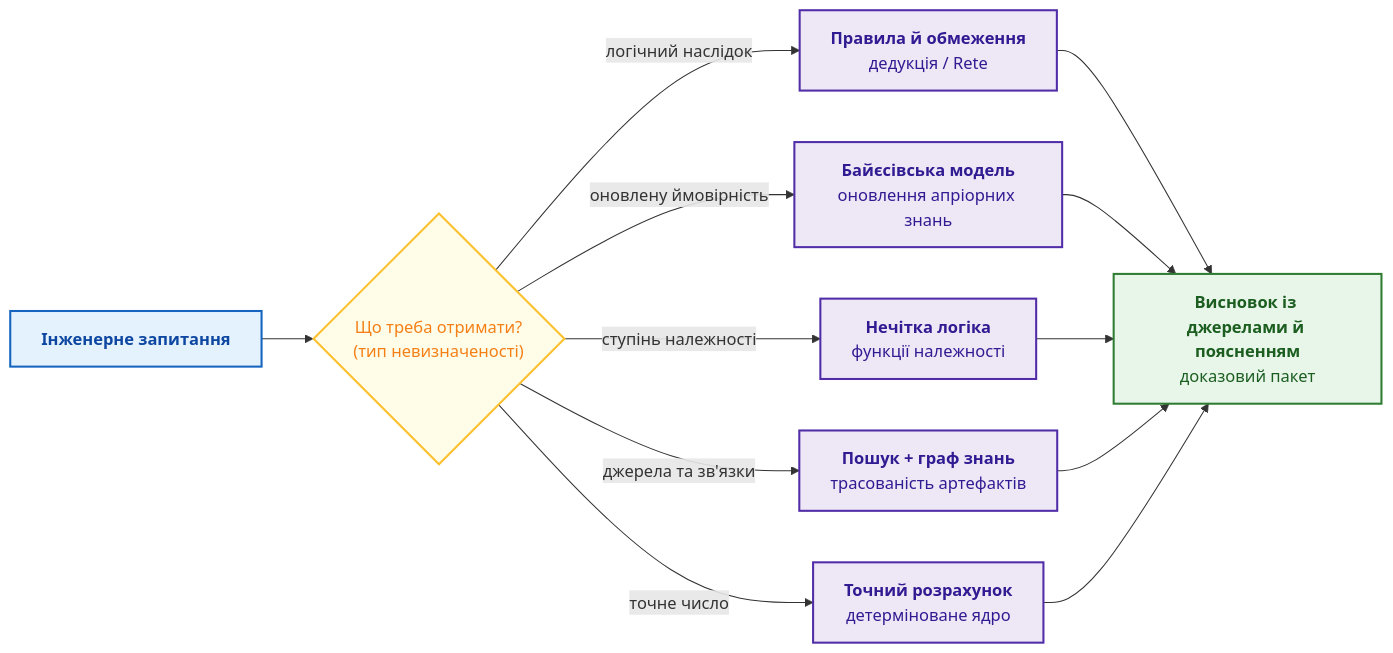
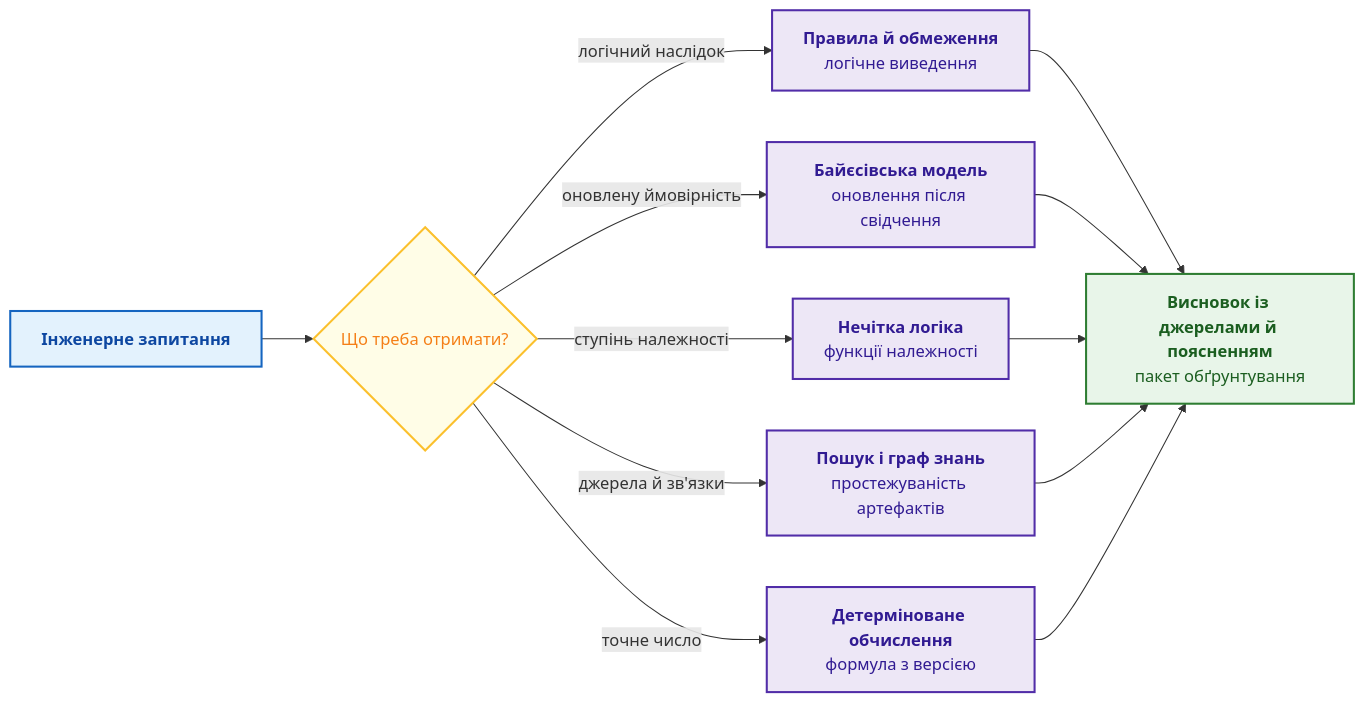
Before and after one commit to nick-fedchik/articles: the first of 4 diagrams in ExpertSystem/ch04-evolution-from-bayes-to-evidence-ai.md, drawn with Mermaid. The commit also changed other lines of this file, not shown here.

````diff
--- a/ExpertSystem/ch04-evolution-from-bayes-to-evidence-ai.md
+++ b/ExpertSystem/ch04-evolution-from-bayes-to-evidence-ai.md
@@ -83,27 +42,27 @@
 ```mermaid
 flowchart LR
-    accTitle: Вибір механізму міркування за типом запитання
-    accDescr: Факти спрямовуються до правил, невизначені сигнали до ймовірнісної моделі, розмиті поняття до нечіткої логіки, джерела до пошуку й графа, а точні обчислення до детермінованого ядра.
+    accTitle: Вибір способу міркування за типом запитання
+    accDescr: Логічний наслідок спрямовують до правил, оновлену ймовірність до байєсівської моделі, ступінь належності до нечіткої логіки, джерела й зв'язки до пошуку та графа знань, точне число до детермінованого обчислення. Усі гілки сходяться в пакеті обґрунтування.
 
-    Q["<b>Інженерне запитання</b>"] --> T{"Що треба отримати?<br/>(тип невизначеності)"}
-    T -->|"логічний наслідок"| R["<b>Правила й обмеження</b><br/>дедукція / Rete"]
-    T -->|"оновлену ймовірність"| B["<b>Байєсівська модель</b><br/>оновлення апріорних знань"]
+    Q["<b>Інженерне запитання</b>"] --> T{"Що треба отримати?"}
+    T -->|"логічний наслідок"| R["<b>Правила й обмеження</b><br/>логічне виведення"]
+    T -->|"оновлену ймовірність"| B["<b>Байєсівська модель</b><br/>оновлення після свідчення"]
     T -->|"ступінь належності"| F["<b>Нечітка логіка</b><br/>функції належності"]
-    T -->|"джерела та зв'язки"| G["<b>Пошук + граф знань</b><br/>трасованість артефактів"]
-    T -->|"точне число"| D["<b>Точний розрахунок</b><br/>детерміноване ядро"]
-    R --> P["<b>Висновок із джерелами й поясненням</b><br/>доказовий пакет"]
+    T -->|"джерела й зв'язки"| G["<b>Пошук і граф знань</b><br/>простежуваність артефактів"]
+    T -->|"точне число"| D["<b>Детерміноване обчислення</b><br/>формула з версією"]
+    R --> P["<b>Висновок із джерелами й поясненням</b><br/>пакет обґрунтування"]
     B --> P
     F --> P
     G --> P
     D --> P
 
     classDef q fill:#e3f2fd,stroke:#1565c0,stroke-width:2px,color:#0d47a1;
     classDef branch fill:#fffde7,stroke:#fbc02d,stroke-width:2px,color:#f57f17;
     classDef method fill:#ede7f6,stroke:#512da8,stroke-width:2px,color:#311b92;
     classDef out fill:#e8f5e9,stroke:#2e7d32,stroke-width:2px,color:#1b5e20;
 
     class Q q;
     class T branch;
     class R,B,F,G,D method;
     class P out;
 ```
````
